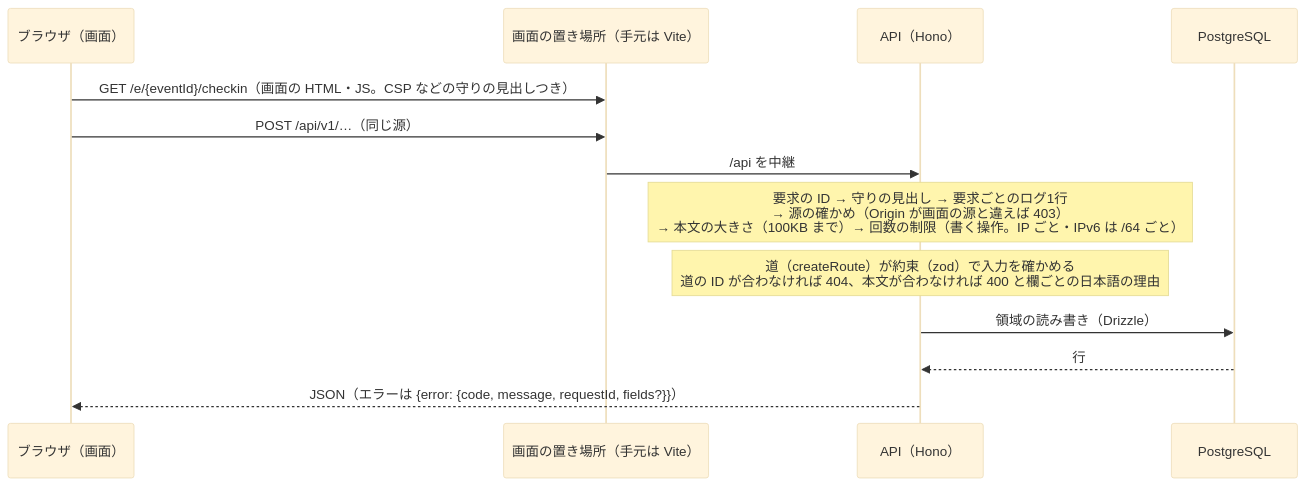
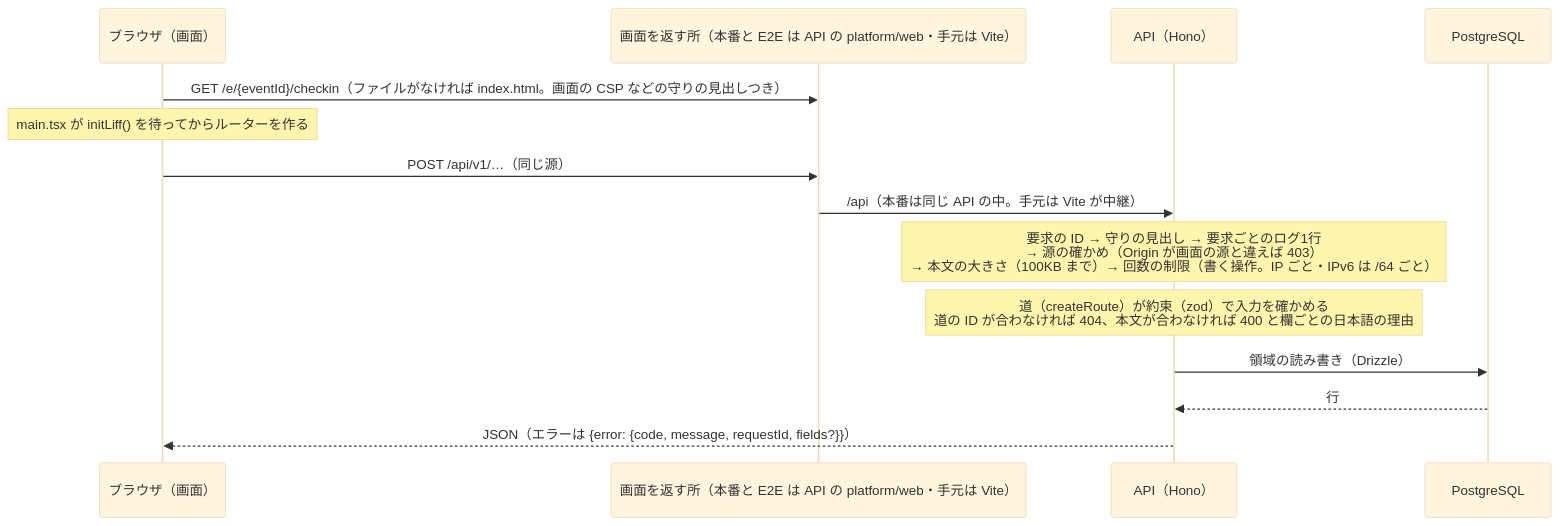
One commit to takumi-okuya-dev/kanaeru-apps changed the third of 3 diagrams in docs/architecture.md. Above: the diagram before and after it, drawn with Mermaid (base theme). The commit also changed other lines of this file and 3 other files, not shown here.

````diff
--- a/docs/architecture.md
+++ b/docs/architecture.md
@@ -86,15 +101,16 @@
 ```mermaid
 sequenceDiagram
   participant B as ブラウザ（画面）
-  participant V as 画面の置き場所（手元は Vite）
+  participant V as 画面を返す所（本番と E2E は API の platform/web・手元は Vite）
   participant A as API（Hono）
   participant D as PostgreSQL
-  B->>V: GET /e/{eventId}/checkin（画面の HTML・JS。CSP などの守りの見出しつき）
+  B->>V: GET /e/{eventId}/checkin（ファイルがなければ index.html。画面の CSP などの守りの見出しつき）
+  Note over B: main.tsx が initLiff() を待ってからルーターを作る
   B->>V: POST /api/v1/…（同じ源）
-  V->>A: /api を中継
+  V->>A: /api（本番は同じ API の中。手元は Vite が中継）
   Note over A: 要求の ID → 守りの見出し → 要求ごとのログ1行<br/>→ 源の確かめ（Origin が画面の源と違えば 403）<br/>→ 本文の大きさ（100KB まで）→ 回数の制限（書く操作。IP ごと・IPv6 は /64 ごと）
   Note over A: 道（createRoute）が約束（zod）で入力を確かめる<br/>道の ID が合わなければ 404、本文が合わなければ 400 と欄ごとの日本語の理由
   A->>D: 領域の読み書き（Drizzle）
   D-->>A: 行
   A-->>B: JSON（エラーは {error: {code, message, requestId, fields?}}）
 ```
````
